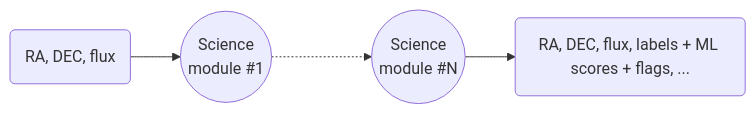
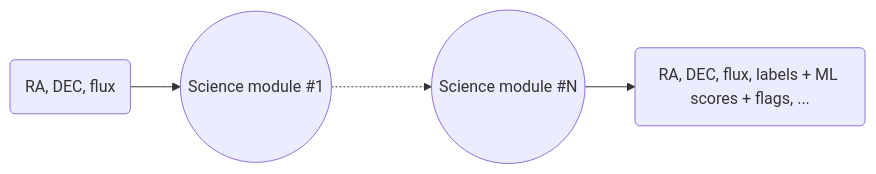
Before and after one commit to astrolabsoftware/fink: the diagram in docs/broker/science_modules.md, drawn with Mermaid. The commit also changed 1 other file, not shown here.

Commit message:
Remove line break

````diff
--- a/docs/broker/science_modules.md
+++ b/docs/broker/science_modules.md
@@ -10,6 +10,6 @@
 ``` mermaid
 graph LR
-  A(RA, DEC, flux) --> B((Science \n module #1));
-  B -..-> C((Science \n module #N));
+  A(RA, DEC, flux) --> B((Science module #1));
+  B -..-> C((Science module #N));
   C --> D(RA, DEC, flux, labels + ML scores + flags, ...);
 ```
````
